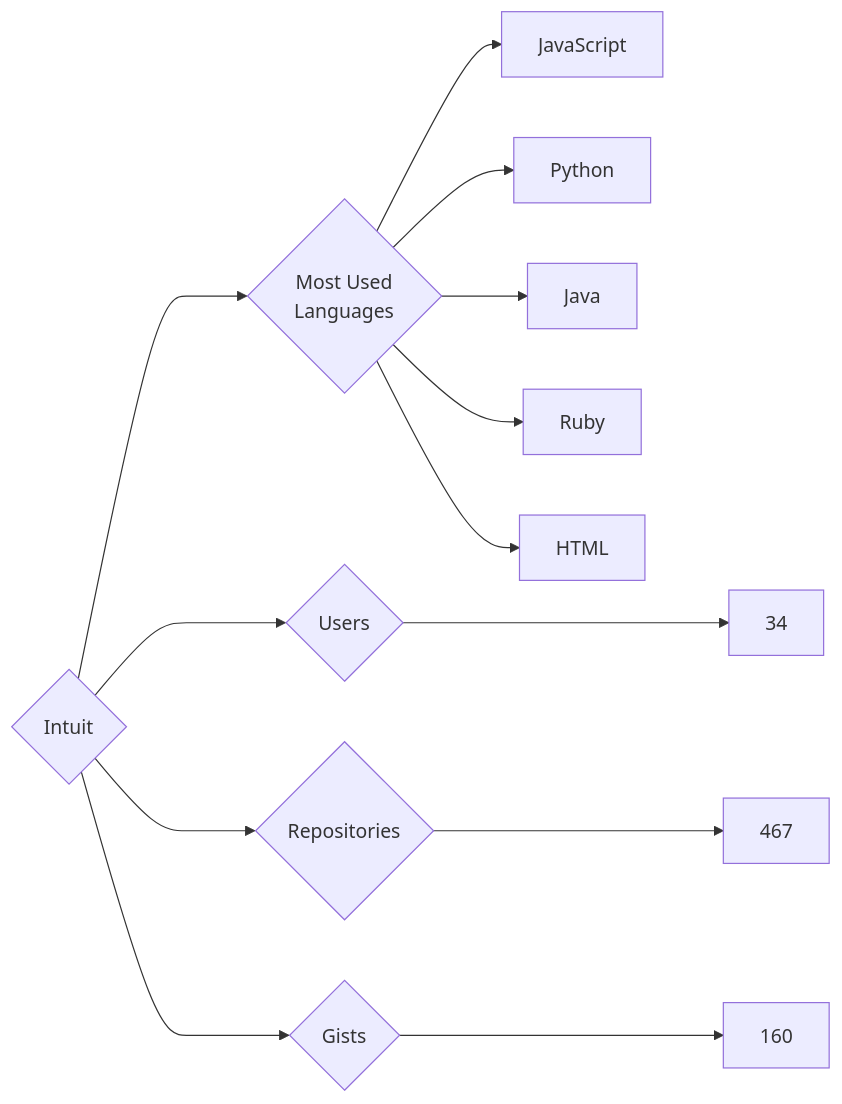
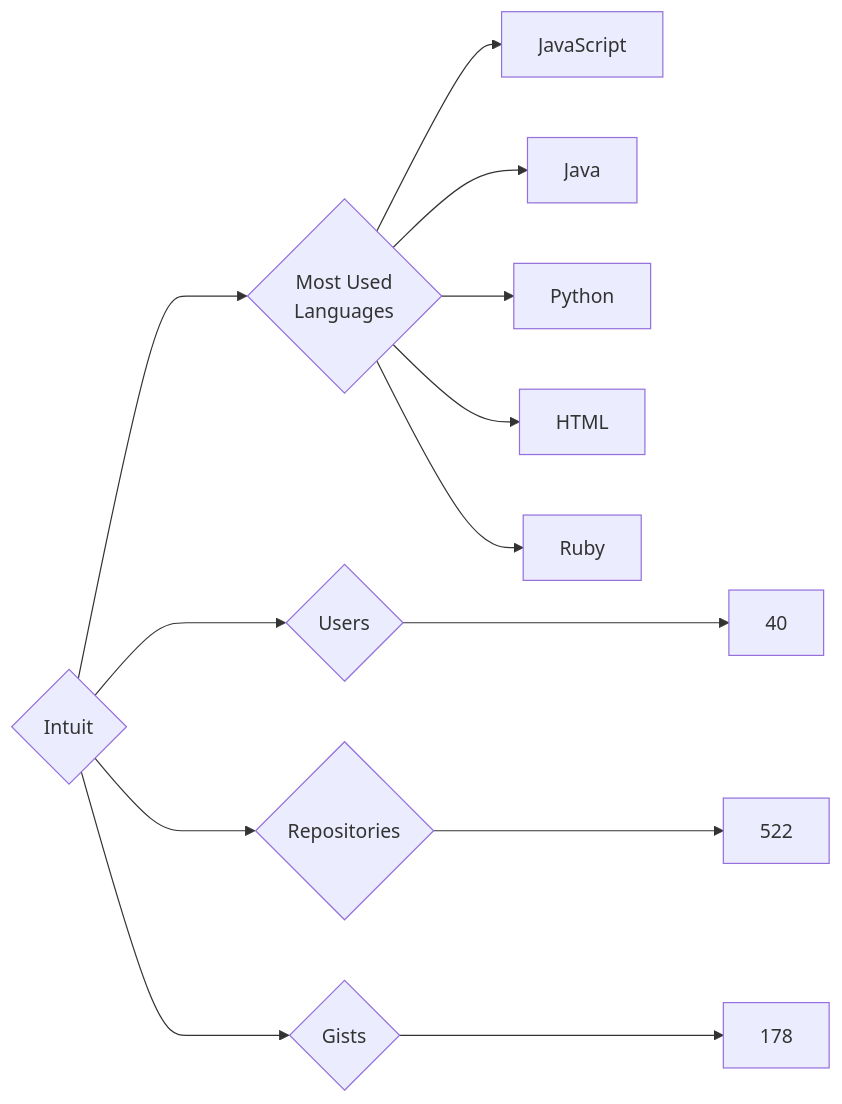
Before and after one commit to trickest/insiders: the diagram in targets/Intuit/README.md, drawn with Mermaid. The commit also changed 944 other files, not shown here.

````diff
--- a/targets/Intuit/README.md
+++ b/targets/Intuit/README.md
@@ -3,13 +3,13 @@
 ```mermaid
 graph LR
 COMPANY_NAME{Intuit}
-COMPANY_NAME ---> U{Users} ---> UN[34]
-COMPANY_NAME ---> R{Repositories} ---> RN[467]
-COMPANY_NAME ---> G{Gists} ---> GN[160]
+COMPANY_NAME ---> U{Users} ---> UN[40]
+COMPANY_NAME ---> R{Repositories} ---> RN[522]
+COMPANY_NAME ---> G{Gists} ---> GN[178]
 COMPANY_NAME ---> ML{Most Used<br>Languages}
 ML --> JavaScript[JavaScript]
+ML --> Java[Java]
 ML --> Python[Python]
-ML --> Java[Java]
+ML --> HTML[HTML]
 ML --> Ruby[Ruby]
-ML --> HTML[HTML]
 ```
````
